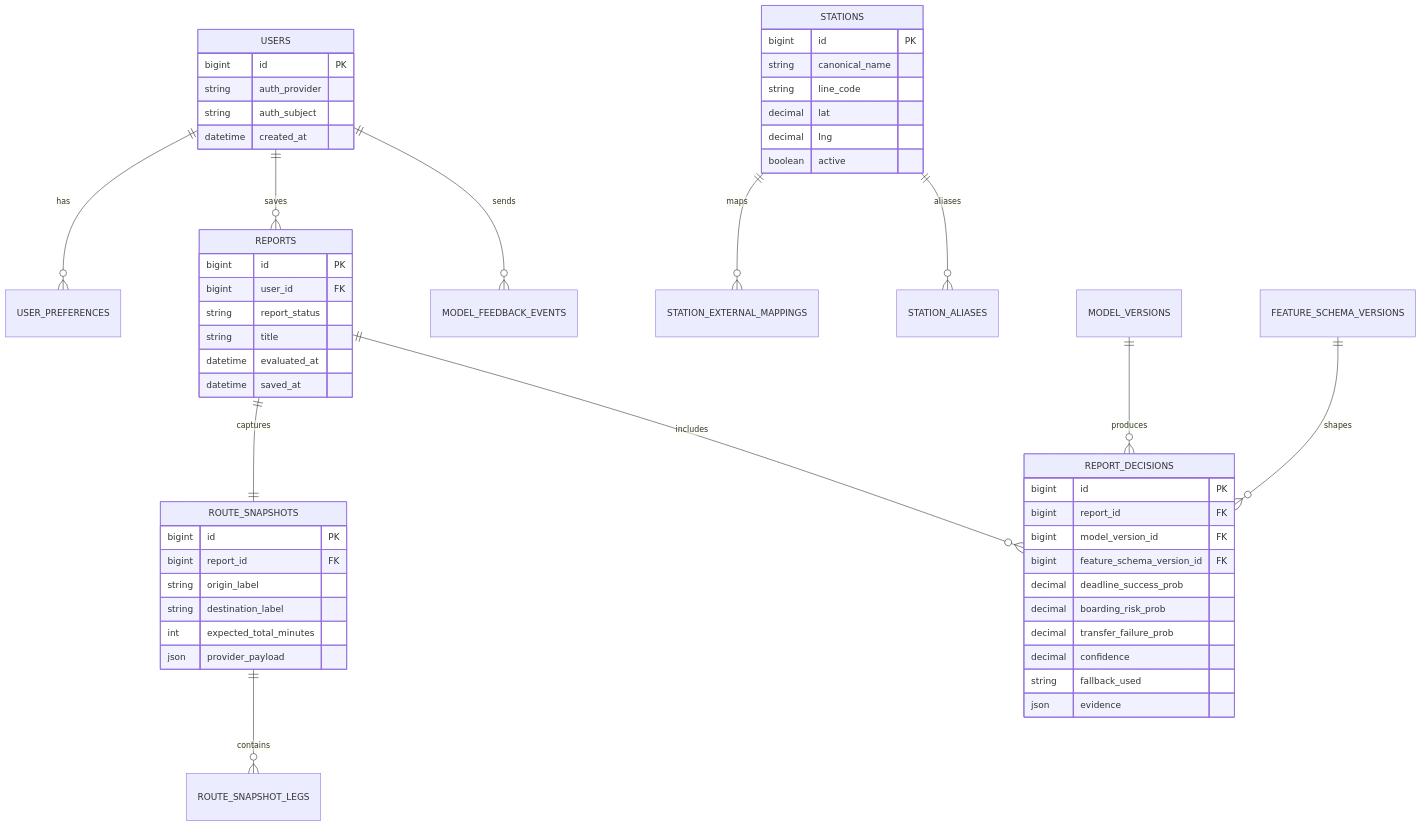
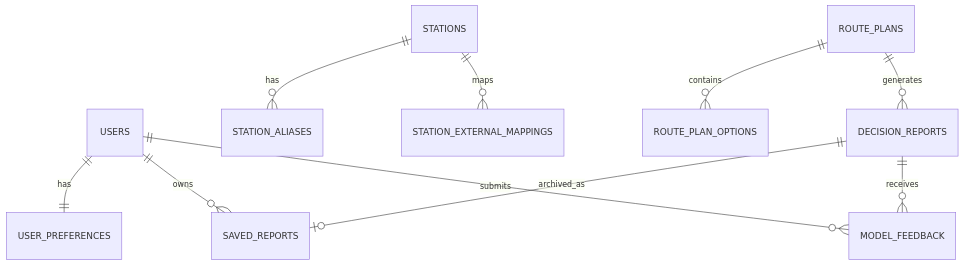
One commit to Siegfriex/bigdata-transportation-front changed the diagram in docs/talsu_inna_erd.md. Above: the diagram before and after it, drawn with Mermaid. The commit also changed other lines of this file and 17 other files, not shown here.

````diff
--- a/docs/talsu_inna_erd.md
+++ b/docs/talsu_inna_erd.md
@@ -88,60 +27,12 @@
 ```mermaid
 erDiagram
-    USERS ||--o{ USER_PREFERENCES : has
-    USERS ||--o{ REPORTS : saves
-    USERS ||--o{ MODEL_FEEDBACK_EVENTS : sends
+    USERS ||--|| USER_PREFERENCES : has
+    USERS ||--o{ SAVED_REPORTS : owns
+    USERS ||--o{ MODEL_FEEDBACK : submits
+    STATIONS ||--o{ STATION_ALIASES : has
     STATIONS ||--o{ STATION_EXTERNAL_MAPPINGS : maps
-    STATIONS ||--o{ STATION_ALIASES : aliases
-    REPORTS ||--|| ROUTE_SNAPSHOTS : captures
-    ROUTE_SNAPSHOTS ||--o{ ROUTE_SNAPSHOT_LEGS : contains
-    REPORTS ||--o{ REPORT_DECISIONS : includes
-    MODEL_VERSIONS ||--o{ REPORT_DECISIONS : produces
-    FEATURE_SCHEMA_VERSIONS ||--o{ REPORT_DECISIONS : shapes
-
-    USERS {
-      bigint id PK
-      string auth_provider
-      string auth_subject
-      datetime created_at
-    }
-
-    STATIONS {
-      bigint id PK
-      string canonical_name
-      string line_code
-      decimal lat
-      decimal lng
-      boolean active
-    }
-
-    REPORTS {
-      bigint id PK
-      bigint user_id FK
-      string report_status
-      string title
-      datetime evaluated_at
-      datetime saved_at
-    }
-
-    ROUTE_SNAPSHOTS {
-      bigint id PK
-      bigint report_id FK
-      string origin_label
-      string destination_label
-      int expected_total_minutes
-      json provider_payload
-    }
-
-    REPORT_DECISIONS {
-      bigint id PK
-      bigint report_id FK
-      bigint model_version_id FK
-      bigint feature_schema_version_id FK
-      decimal deadline_success_prob
-      decimal boarding_risk_prob
-      decimal transfer_failure_prob
-      decimal confidence
-      string fallback_used
-      json evidence
-    }
+    ROUTE_PLANS ||--o{ ROUTE_PLAN_OPTIONS : contains
+    ROUTE_PLANS ||--o{ DECISION_REPORTS : generates
+    DECISION_REPORTS ||--o| SAVED_REPORTS : archived_as
+    DECISION_REPORTS ||--o{ MODEL_FEEDBACK : receives
 ```
````
